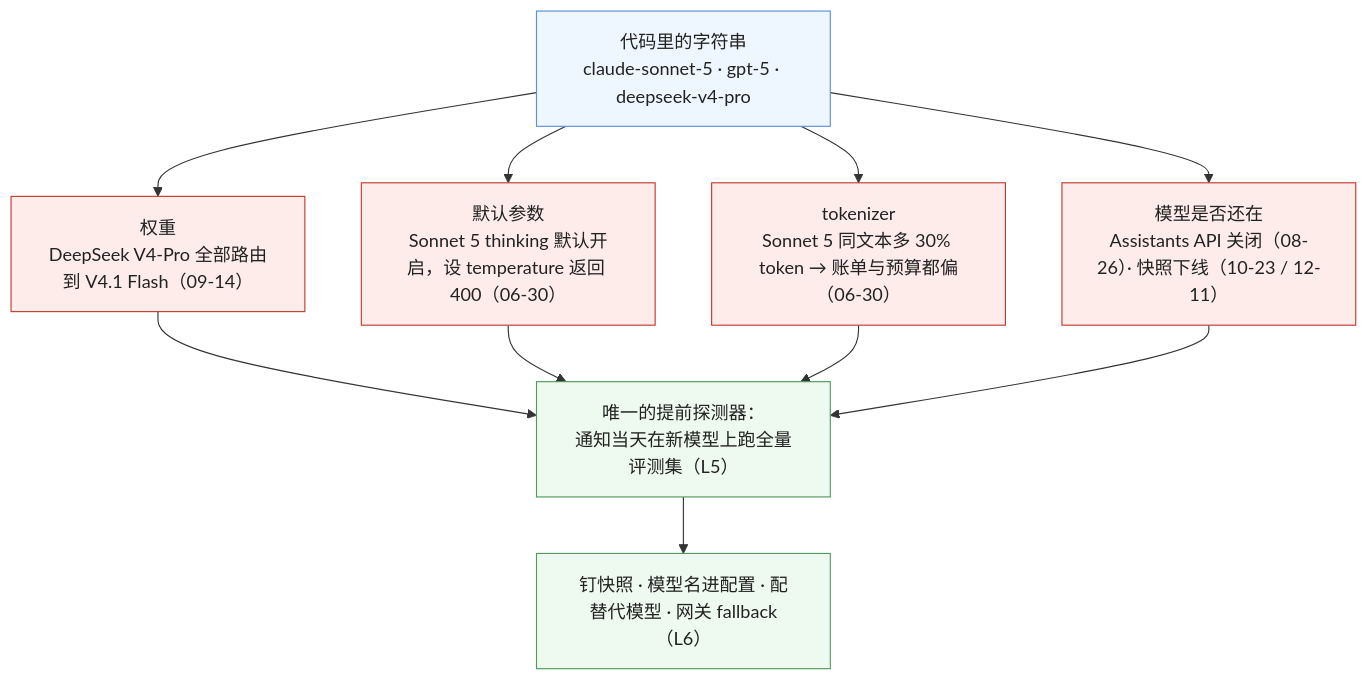
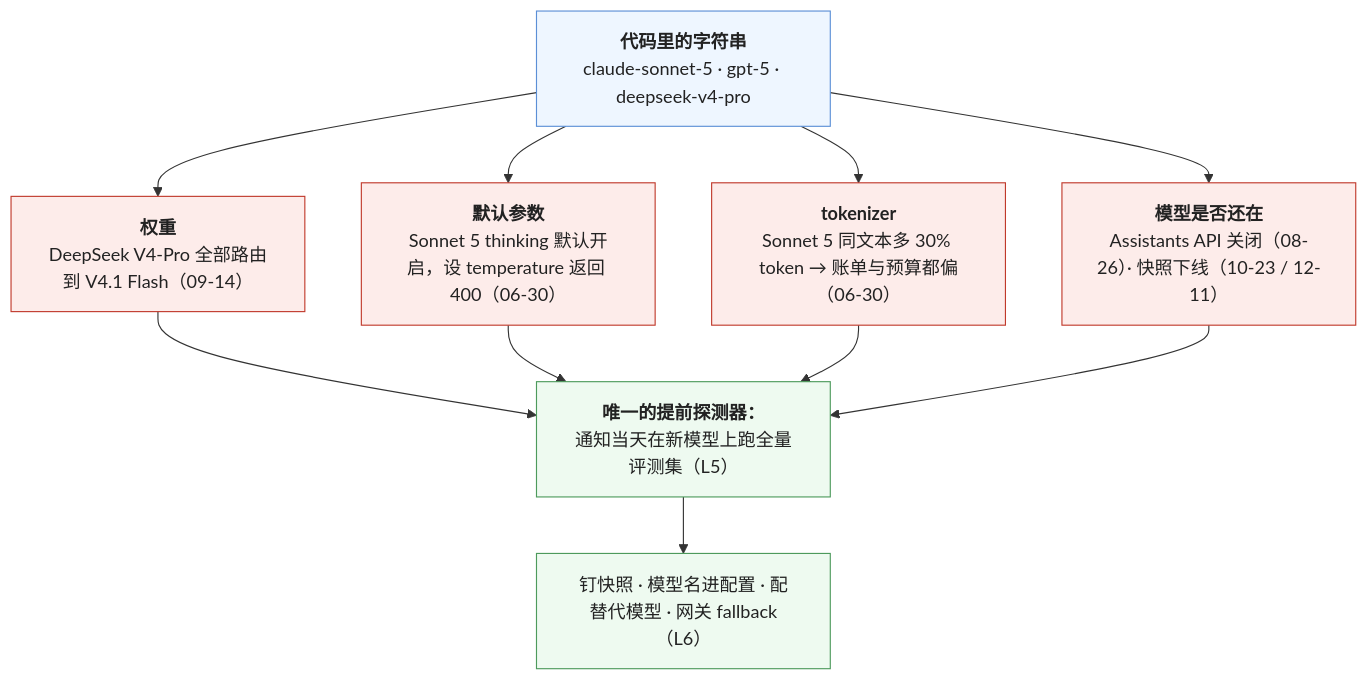
One commit to arganzheng/arganzheng.github.com changed the seventh of 8 diagrams in _posts/2026-09-29-llm-failure-modes-nondeterminism-hallucination-and-context.md. Above: the diagram before and after it, drawn with Mermaid. The commit also changed other lines of this file and 6 other files, not shown here.

First line of the commit message:
模型作为组件：契约、失效模式与选型：Mermaid 多行方框的首行标为标题（7 篇）

````diff
--- a/_posts/2026-09-29-llm-failure-modes-nondeterminism-hallucination-and-context.md
+++ b/_posts/2026-09-29-llm-failure-modes-nondeterminism-hallucination-and-context.md
@@ -307,17 +307,17 @@
 ```mermaid
 %% 图：模型名这个字符串背后会变的四样东西——权重、默认参数、tokenizer、模型是否还存在——各对应 2026 年的一起事件，以及应用侧唯一能提前发现的探测器：评测集
 flowchart TB
-    NAME["代码里的字符串<br/>claude-sonnet-5 · gpt-5 · deepseek-v4-pro"]
-    NAME --> W["权重<br/>DeepSeek V4-Pro 全部路由到 V4.1 Flash（09-14）"]
-    NAME --> P["默认参数<br/>Sonnet 5 thinking 默认开启，设 temperature 返回 400（06-30）"]
-    NAME --> T["tokenizer<br/>Sonnet 5 同文本多 30% token → 账单与预算都偏（06-30）"]
-    NAME --> X["模型是否还在<br/>Assistants API 关闭（08-26）· 快照下线（10-23 / 12-11）"]
-    W & P & T & X --> DET["唯一的提前探测器：<br/>通知当天在新模型上跑全量评测集（L5）"]
+    NAME["<b>代码里的字符串</b><br/>claude-sonnet-5 · gpt-5 · deepseek-v4-pro"]
+    NAME --> W["<b>权重</b><br/>DeepSeek V4-Pro 全部路由到 V4.1 Flash（09-14）"]
+    NAME --> P["<b>默认参数</b><br/>Sonnet 5 thinking 默认开启，设 temperature 返回 400（06-30）"]
+    NAME --> T["<b>tokenizer</b><br/>Sonnet 5 同文本多 30% token → 账单与预算都偏（06-30）"]
+    NAME --> X["<b>模型是否还在</b><br/>Assistants API 关闭（08-26）· 快照下线（10-23 / 12-11）"]
+    W & P & T & X --> DET["<b>唯一的提前探测器：</b><br/>通知当天在新模型上跑全量评测集（L5）"]
     DET --> ACT["钉快照 · 模型名进配置 · 配替代模型 · 网关 fallback（L6）"]
     classDef name fill:#eef6ff,stroke:#5b8fd6,color:#222
     classDef chg fill:#fdecea,stroke:#c0392b,color:#222
     classDef ok fill:#eefaf0,stroke:#4d9a5c,color:#222
     class NAME name
     class W,P,T,X chg
     class DET,ACT ok
 ```
````
